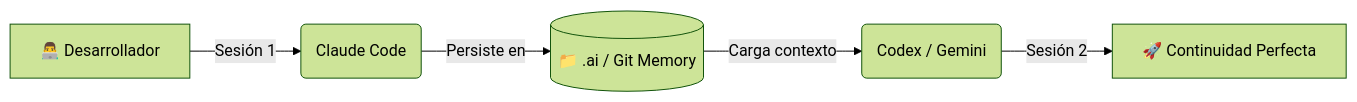
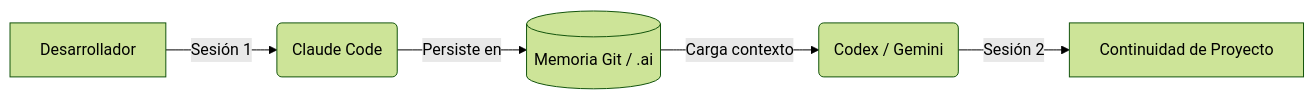
Before and after one commit to mikeroguez/continuum: the diagram in README.md, drawn with Mermaid (forest theme). The commit also changed other lines of this file, not shown here.

````diff
--- a/README.md
+++ b/README.md
@@ -27,7 +22,7 @@
 ```mermaid
 flowchart LR
-    A[👨‍💻 Desarrollador] -->|Sesión 1| B(Claude Code)
-    B -->|Persiste en| C[(📁 .ai / Git Memory)]
+    A[Desarrollador] -->|Sesión 1| B(Claude Code)
+    B -->|Persiste en| C[(Memoria Git / .ai)]
     C -->|Carga contexto| D(Codex / Gemini)
-    D -->|Sesión 2| E[🚀 Continuidad Perfecta]
+    D -->|Sesión 2| E[Continuidad de Proyecto]
 ```
````
